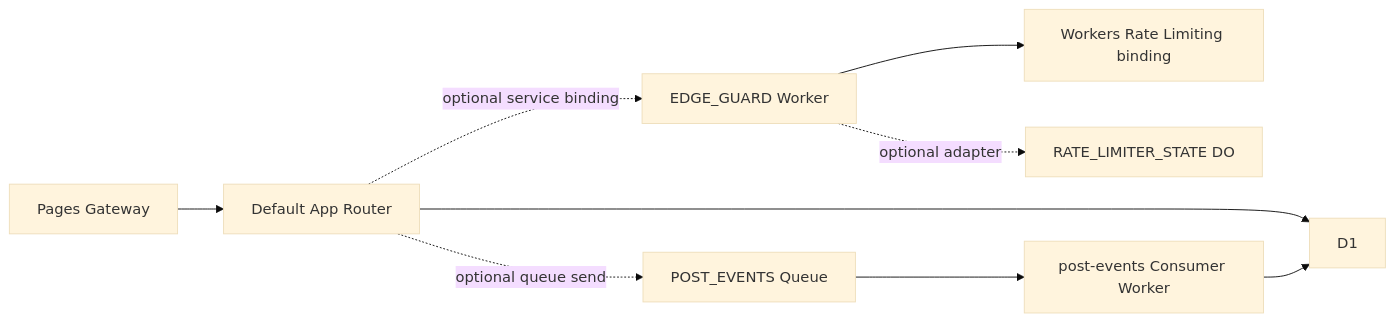
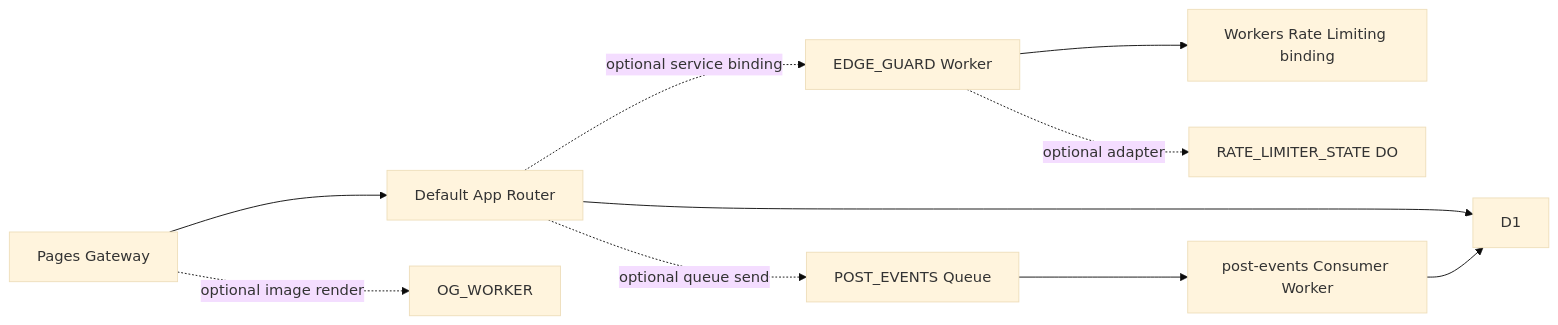
One commit to imjlk/sveltekit-orpc-typia changed the second of 2 diagrams in README.md. Above: the diagram before and after it, drawn with Mermaid (base theme). The commit also changed other lines of this file and 32 other files, not shown here.

Commit message:
feat: add optional og worker capability

````diff
--- a/README.md
+++ b/README.md
@@ -104,11 +107,12 @@
 ```mermaid
 flowchart LR
     W["Pages Gateway"] --> APP["Default App Router"]
     APP --> DB["D1"]
     APP -. optional service binding .-> EG["EDGE_GUARD Worker"]
     EG --> RL["Workers Rate Limiting binding"]
     EG -. optional adapter .-> DO["RATE_LIMITER_STATE DO"]
     APP -. optional queue send .-> Q["POST_EVENTS Queue"]
     Q --> C["post-events Consumer Worker"]
     C --> DB
+    W -. optional image render .-> OG["OG_WORKER"]
 ```
````
